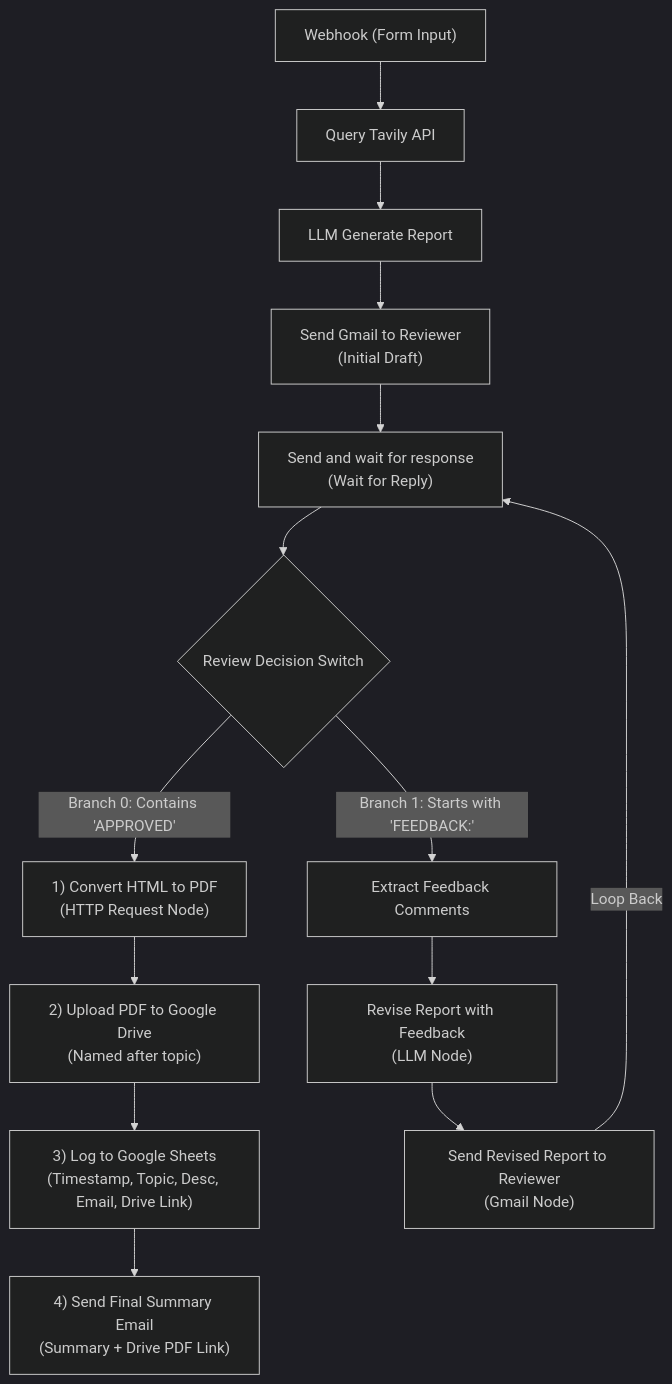
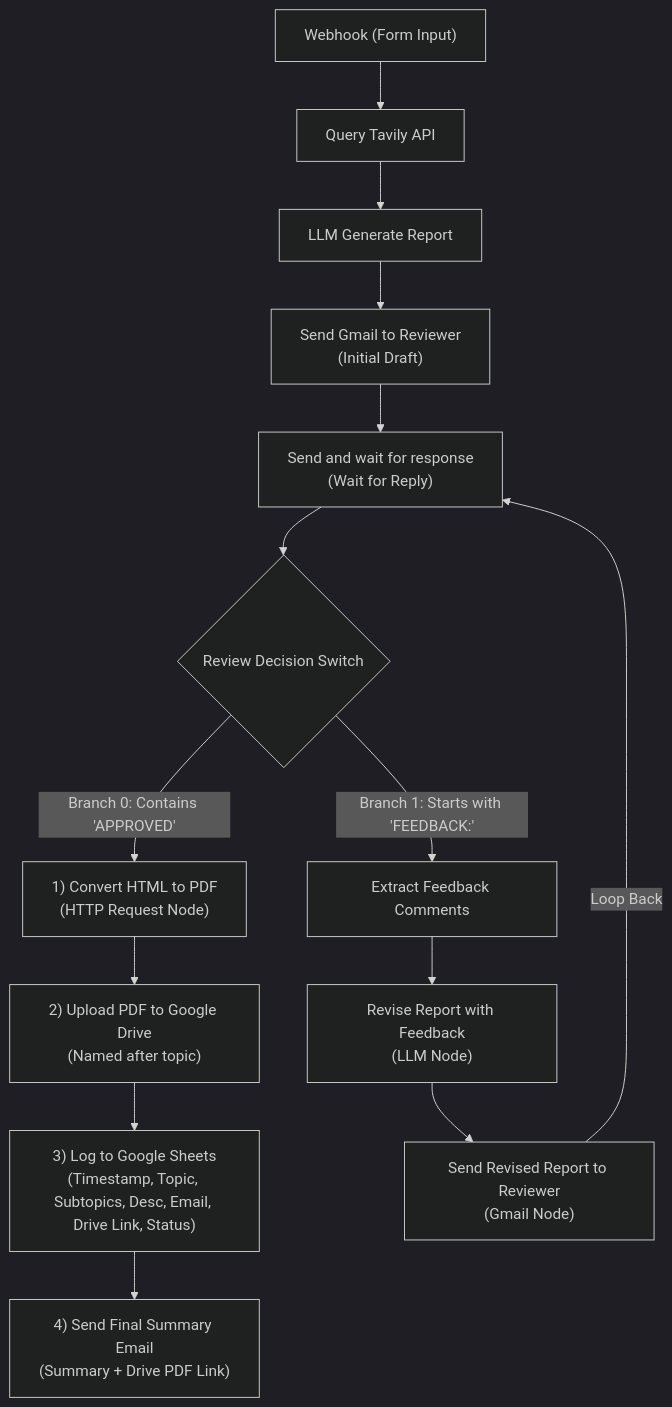
The diagram in README.md (Muaz2004/n8n-research-pipeline), drawn with Mermaid (dark theme) before and after one commit. The commit also changed 2 other files, not shown here.

Commit message:
automation improved

````diff
--- a/README.md
+++ b/README.md
@@ -35,20 +35,20 @@
 ```mermaid
 flowchart TD
     A["Webhook (Form Input)"] --> B["Query Tavily API"]
     B --> C["LLM Generate Report"]
     C --> D["Send Gmail to Reviewer<br/>(Initial Draft)"]
     D --> E["Send and wait for response<br/>(Wait for Reply)"]
     E --> F{"Review Decision Switch"}
     
     %% Approval Branch
     F -->|Branch 0: Contains 'APPROVED'| G["1) Convert HTML to PDF<br/>(HTTP Request Node)"]
     G --> H["2) Upload PDF to Google Drive<br/>(Named after topic)"]
-    H --> I["3) Log to Google Sheets<br/>(Timestamp, Topic, Desc, Email, Drive Link)"]
+    H --> I["3) Log to Google Sheets<br/>(Timestamp, Topic, Subtopics, Desc, Email, Drive Link, Status)"]
     I --> J["4) Send Final Summary Email<br/>(Summary + Drive PDF Link)"]
     
     %% Feedback Branch
     F -->|Branch 1: Starts with 'FEEDBACK:'| K["Extract Feedback Comments"]
     K --> L["Revise Report with Feedback<br/>(LLM Node)"]
     L --> M["Send Revised Report to Reviewer<br/>(Gmail Node)"]
     M -->|Loop Back| E
 ```
````
